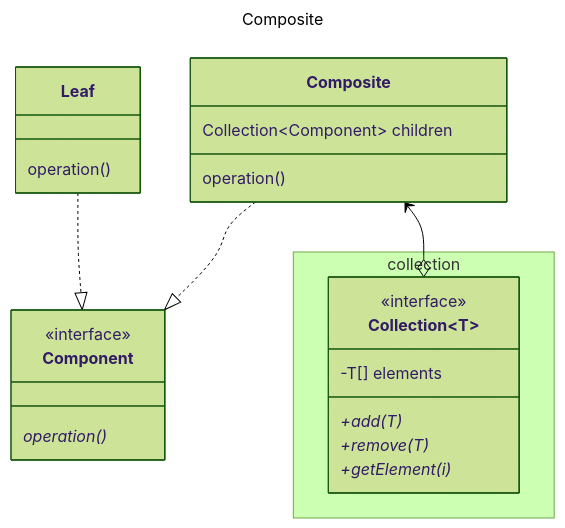
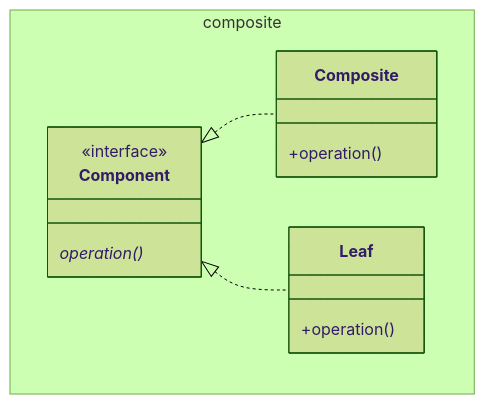
One commit to mtrigueira/JGoF changed the diagram in src/main/java/org/example/gof/structure/composite/Composite.md. Above: the diagram before and after it, drawn with Mermaid (forest theme). The commit also changed other lines of this file, not shown here.

Commit message:
Edit Composite.md add related patterns

````diff
--- a/src/main/java/org/example/gof/structure/composite/Composite.md
+++ b/src/main/java/org/example/gof/structure/composite/Composite.md
@@ -1,32 +3,18 @@
 ```mermaid
----
-title: Composite
----
 classDiagram
-
-    class Component {
-        <<interface>>
-        operation()*
-    }
-    class Leaf {
-        operation()
-    }
-    class Composite {
-        Collection~Component~ children
-        operation()
-    }
-
-    namespace collection {
-        class Collection~T~ {
+    namespace composite {
+        class Component {
             <<interface>>
-            -T[] elements
-            +add(T)*
-            +remove(T)*
-            +getElement(i)*
+            operation()*
+        }
+        class Composite {
+            +operation()
+        }
+        class Leaf {
+            +operation()
         }
     }
-    Leaf ..|> Component
-    Composite ..|> Component
-    Composite <--o Collection
-    
+    Component <|.. Composite
+    Component <|.. Leaf
+
 ```
````
